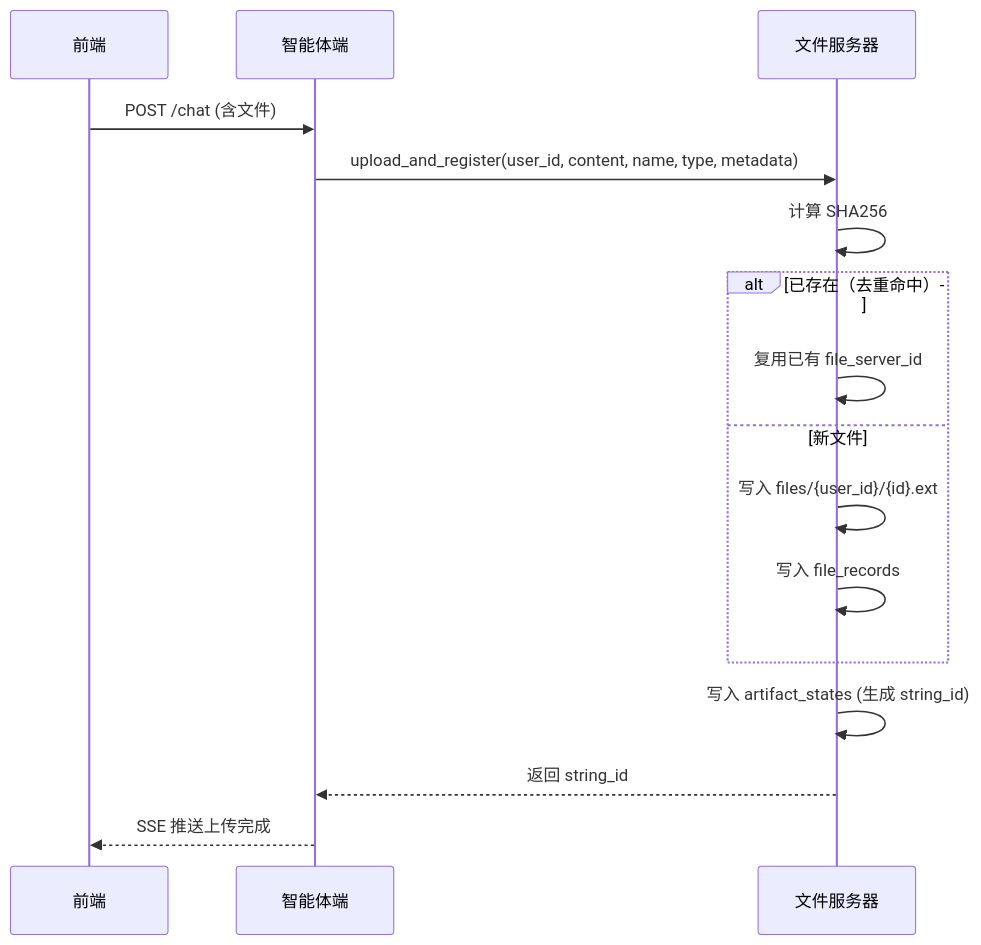
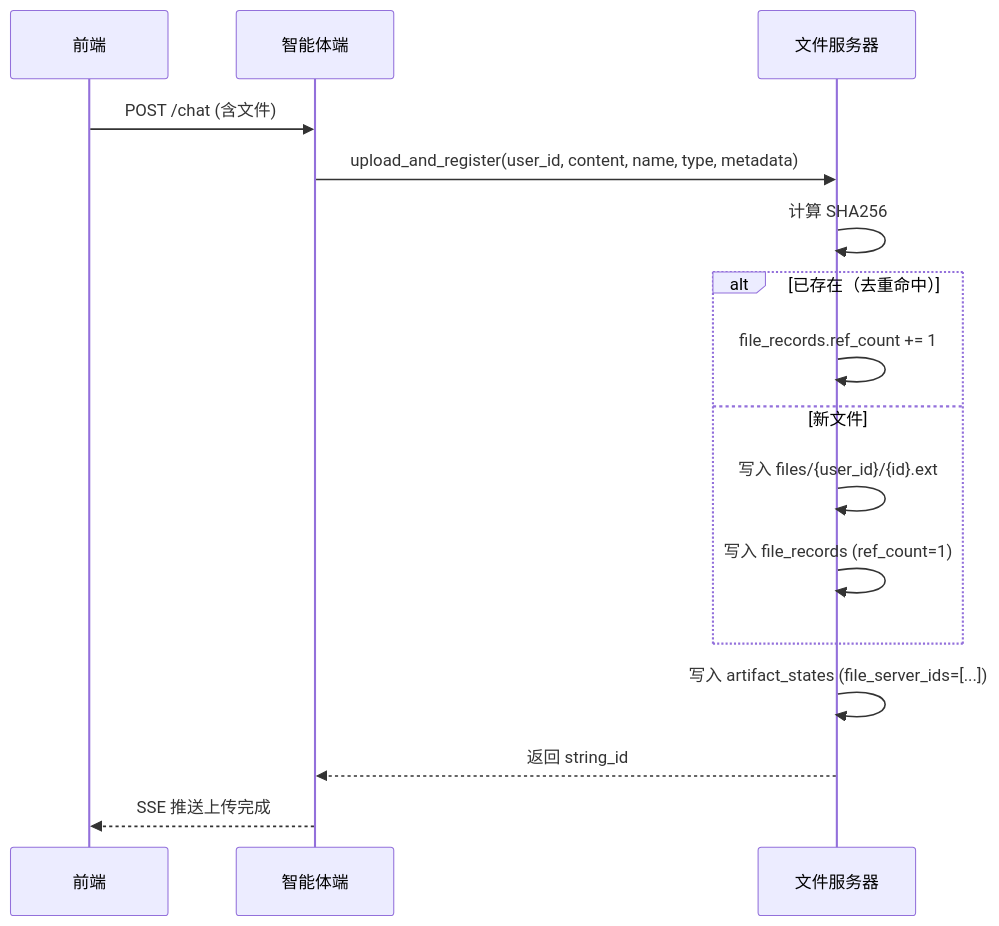
One commit to zhou-tian-yi/laspai-agent-design changed the second of 3 diagrams in LASPAI 智能体文件管理端设计方案.md. Above: the diagram before and after it, drawn with Mermaid. The commit also changed other lines of this file and 1 other file, not shown here.

````diff
--- a/LASPAI 智能体文件管理端设计方案.md
+++ b/LASPAI 智能体文件管理端设计方案.md
@@ -226,19 +213,19 @@
 ```mermaid
 sequenceDiagram
     participant FE as 前端
     participant AG as 智能体端
     participant FS as 文件服务器
 
     FE->>AG: POST /chat (含文件)
     AG->>FS: upload_and_register(user_id, content, name, type, metadata)
     FS->>FS: 计算 SHA256
     alt 已存在（去重命中）
-        FS->>FS: 复用已有 file_server_id
+        FS->>FS: file_records.ref_count += 1
     else 新文件
         FS->>FS: 写入 files/{user_id}/{id}.ext
-        FS->>FS: 写入 file_records
+        FS->>FS: 写入 file_records (ref_count=1)
     end
-    FS->>FS: 写入 artifact_states (生成 string_id)
+    FS->>FS: 写入 artifact_states (file_server_ids=[...])
     FS-->>AG: 返回 string_id
     AG-->>FE: SSE 推送上传完成
 ```
````
